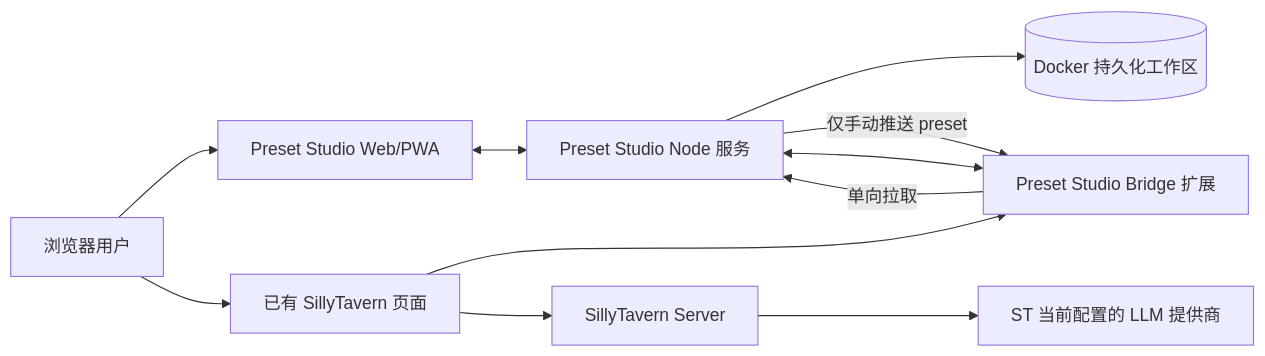
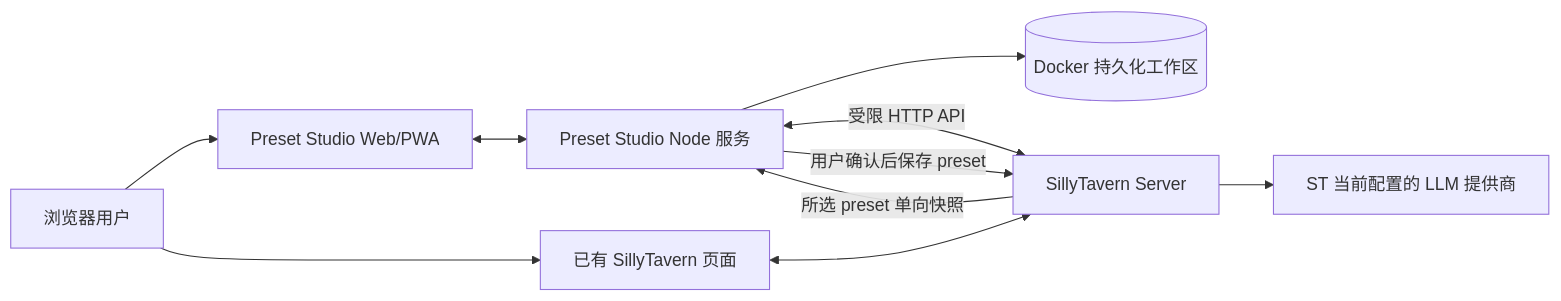
Before and after one commit to kalinote/sillytavern-preset-builder: the diagram in docs/SillyTavern预设开发工具-实施方案.md, drawn with Mermaid. The commit also changed other lines of this file and 41 other files, not shown here.

```diff
--- a/docs/SillyTavern预设开发工具-实施方案.md
+++ b/docs/SillyTavern预设开发工具-实施方案.md
@@ -205,16 +206,14 @@
 ~~~mermaid
 flowchart LR
     U[浏览器用户] --> W[Preset Studio Web/PWA]
     W <--> N[Preset Studio Node 服务]
     N --> V[(Docker 持久化工作区)]
 
+    N <-->|受限 HTTP API| SS[SillyTavern Server]
     U --> SUI[已有 SillyTavern 页面]
-    SUI --> B[Preset Studio Bridge 扩展]
-    B <--> N
-
-    SUI --> SS[SillyTavern Server]
+    SUI <--> SS
     SS --> LLM[ST 当前配置的 LLM 提供商]
 
-    B -->|单向拉取| N
-    N -->|仅手动推送 preset| B
+    SS -->|所选 preset 单向快照| N
+    N -->|用户确认后保存 preset| SS
 ~~~
```
